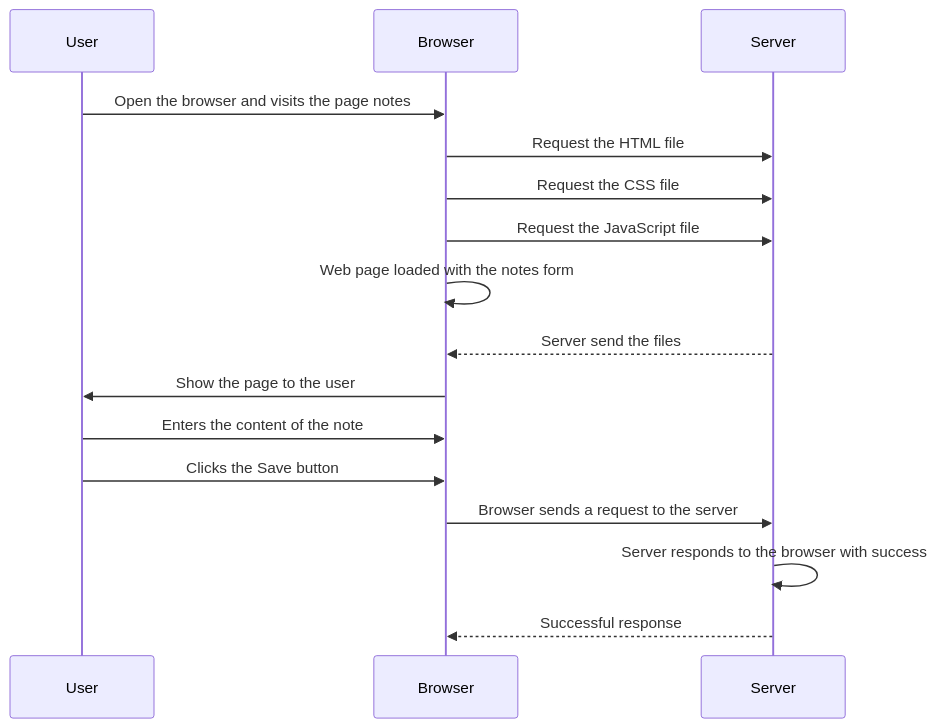
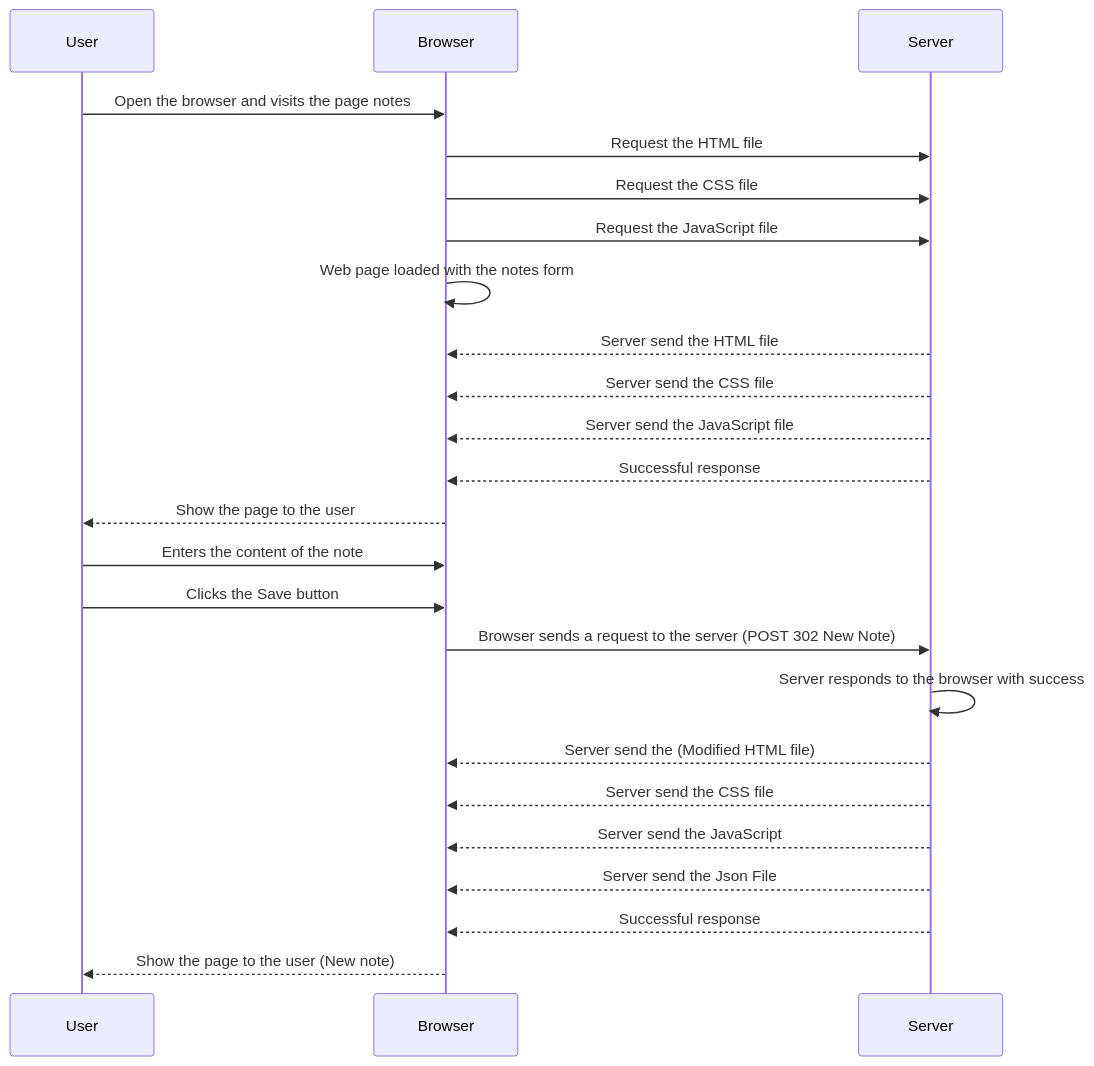
One commit to 0sc4rj/fullstack changed the diagram in part0/exercise04.md. Above: the diagram before and after it, drawn with Mermaid. The commit also changed other lines of this file, not shown here.

Commit message:
Exercise

````diff
--- a/part0/exercise04.md
+++ b/part0/exercise04.md
@@ -4,19 +3,27 @@
 ```mermaid
 sequenceDiagram
     participant User
     participant Browser
     participant Server
 
     User->>Browser: Open the browser and visits the page notes
     Browser->>Server: Request the HTML file
     Browser->>Server: Request the CSS file
     Browser->>Server: Request the JavaScript file
-    Browser->>Browser: Web page loaded with the notes form 
-    Server-->>Browser: Server send the files
-    Browser->>User: Show the page to the user
+    Browser->>Browser: Web page loaded with the notes form
+    Server-->>Browser: Server send the HTML file
+    Server-->>Browser: Server send the CSS file
+    Server-->>Browser: Server send the JavaScript file
+    Server-->>Browser: Successful response
+    Browser-->>User: Show the page to the user
     User->>Browser: Enters the content of the note
     User->>Browser: Clicks the Save button
-    Browser->>Server: Browser sends a request to the server
+    Browser->>Server: Browser sends a request to the server (POST 302 New Note)
     Server->>Server: Server responds to the browser with success
+    Server-->>Browser: Server send the (Modified HTML file)
+    Server-->>Browser: Server send the CSS file
+    Server-->>Browser: Server send the JavaScript
+    Server-->>Browser: Server send the Json File
     Server-->>Browser: Successful response
+    Browser-->>User: Show the page to the user (New note)
 ```
````
